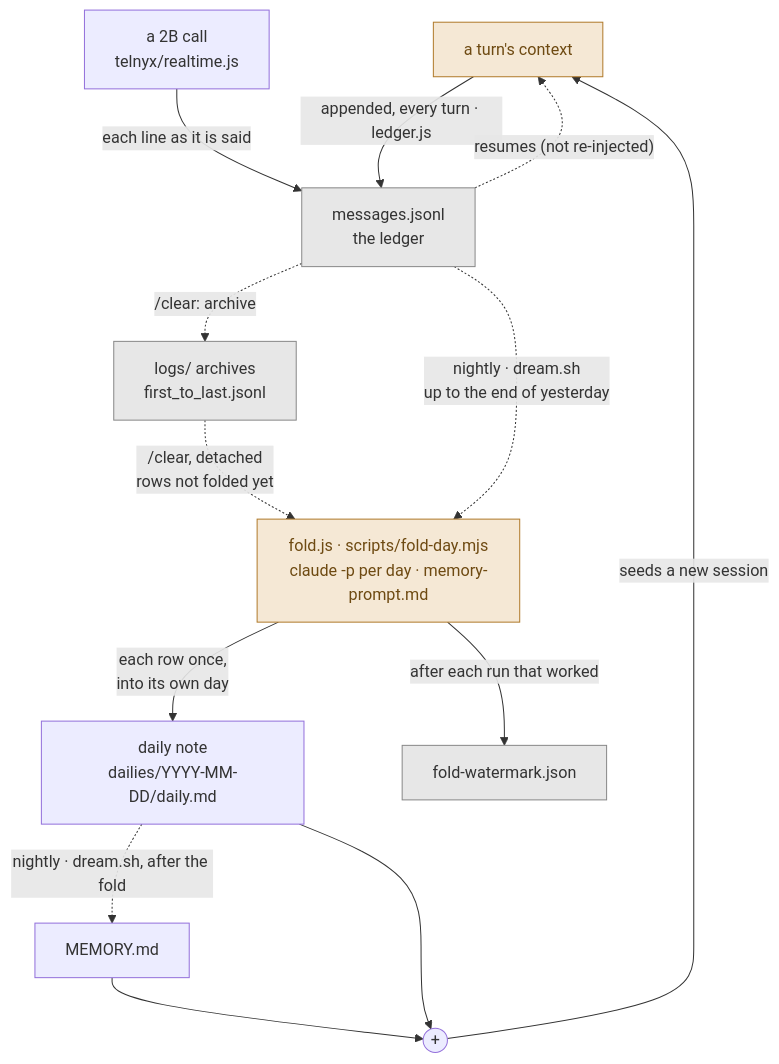
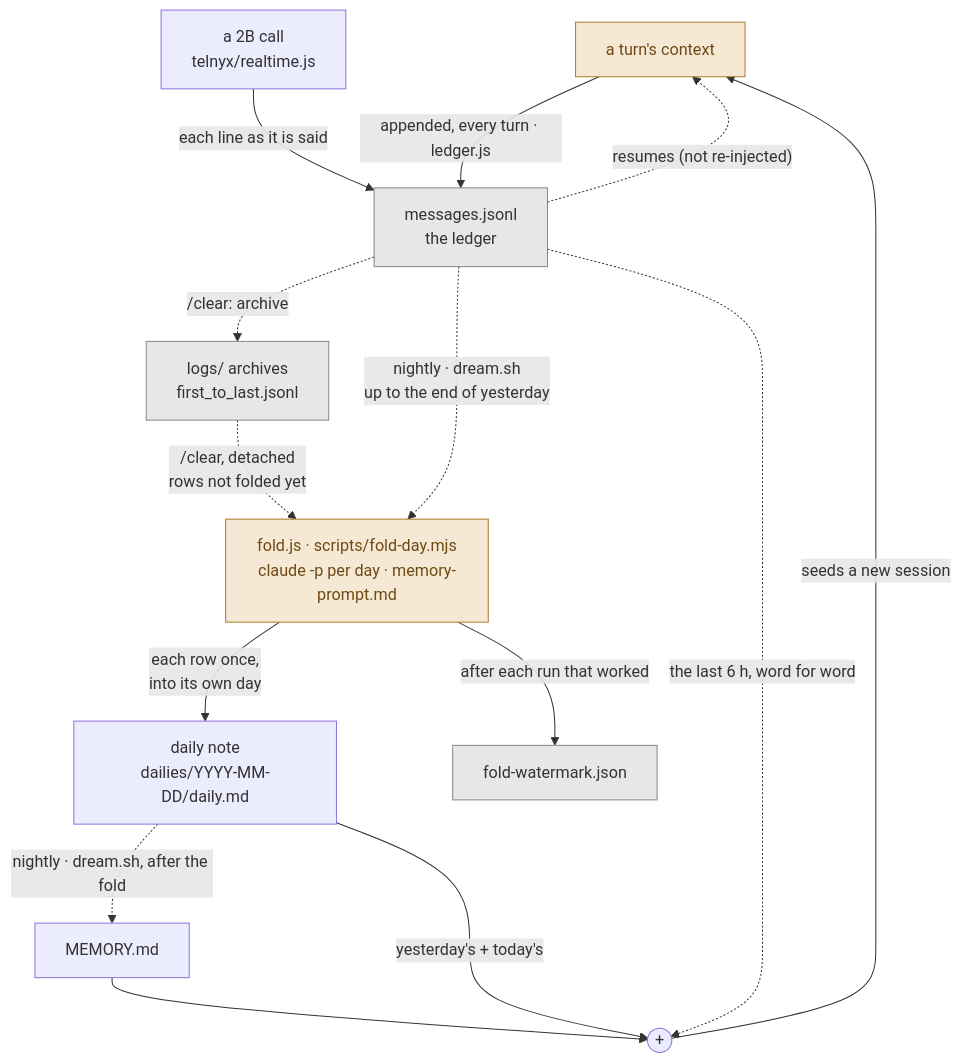
The seventh of 7 diagrams in SYSTEM-MAP.md (KubaJerz/alfred-node), drawn with Mermaid before and after one commit. The commit also changed other lines of this file and 8 other files, not shown here.

````diff
--- a/SYSTEM-MAP.md
+++ b/SYSTEM-MAP.md
@@ -669,19 +682,20 @@
 ```mermaid
 flowchart TD
     CTX["a turn's context"] -->|"appended, every turn · ledger.js"| LIVE["messages.jsonl<br/>the ledger"]
     CALLV["a 2B call<br/>telnyx/realtime.js"] -->|"each line as it is said"| LIVE
     LIVE -.->|"resumes (not re-injected)"| CTX
     LIVE -.->|"/clear: archive"| ARCH["logs/ archives<br/>first_to_last.jsonl"]
     LIVE -.->|"nightly · dream.sh<br/>up to the end of yesterday"| FOLD["fold.js · scripts/fold-day.mjs<br/>claude -p per day · memory-prompt.md"]
     ARCH -.->|"/clear, detached<br/>rows not folded yet"| FOLD
     FOLD -->|"each row once,<br/>into its own day"| DAILY["daily note<br/>dailies/YYYY-MM-DD/daily.md"]
     FOLD -->|"after each run that worked"| WM["fold-watermark.json"]
     DAILY -.->|"nightly · dream.sh, after the fold"| MEM["MEMORY.md"]
-    DAILY --> PLUS(("+"))
+    DAILY -->|"yesterday's + today's"| PLUS(("+"))
     MEM --> PLUS
+    LIVE -.->|"the last 6 h, word for word"| PLUS
     PLUS -->|"seeds a new session"| CTX
     classDef agent fill:#f5e8d5,stroke:#b07a2a,color:#6e4a12
     classDef store fill:#e7e7e7,stroke:#888,color:#333
     class CTX,FOLD agent
     class LIVE,ARCH,WM store
 ```
````
